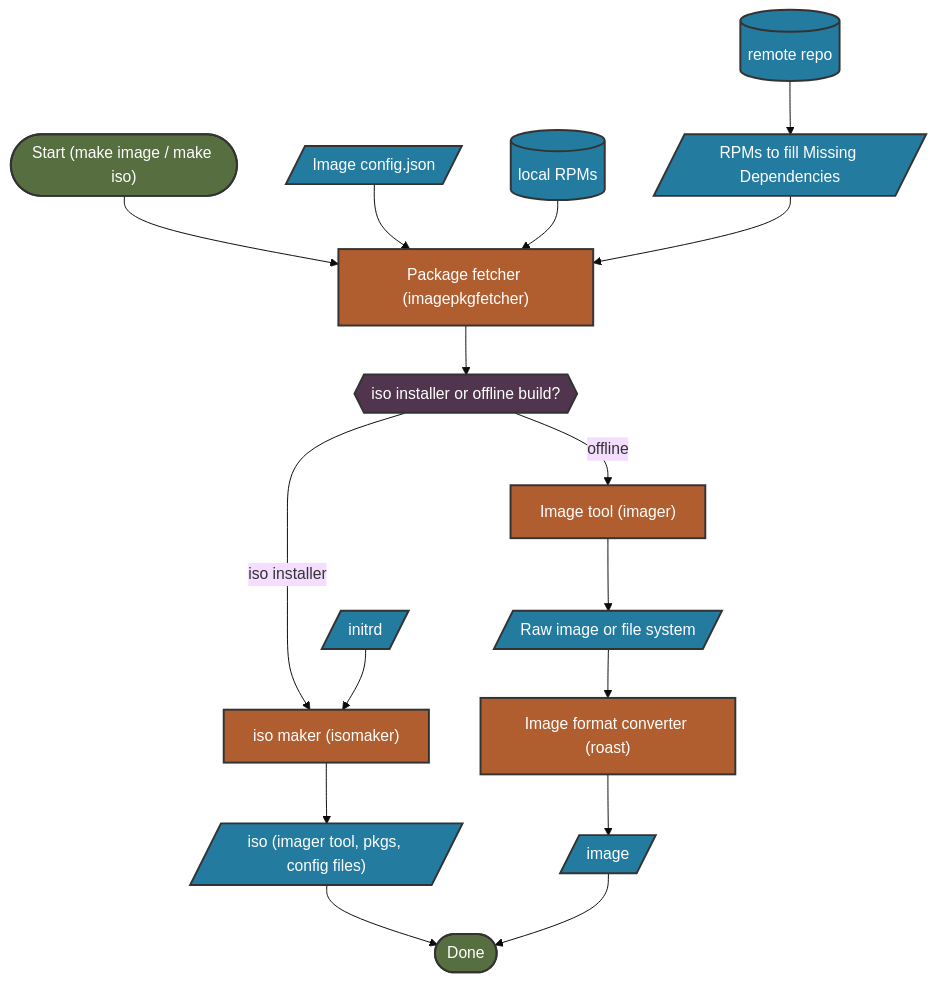
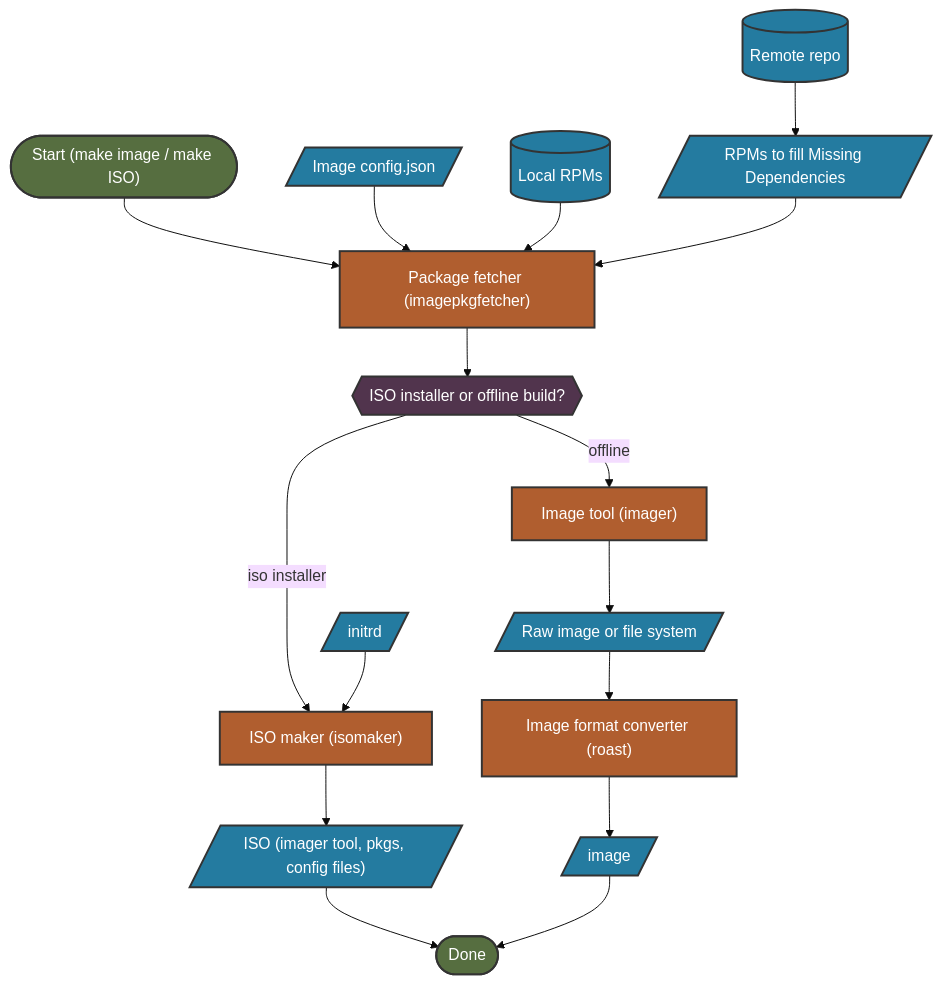
One commit to microsoft/azurelinux changed the sixth of 6 diagrams in toolkit/docs/how_it_works/0_intro.md. Above: the diagram before and after it, drawn with Mermaid (base theme). The commit also changed other lines of this file, not shown here.

Commit message:
Standardize graph link syntax and capitals

````diff
--- a/toolkit/docs/how_it_works/0_intro.md
+++ b/toolkit/docs/how_it_works/0_intro.md
@@ -259,47 +258,44 @@
 ```mermaid
 flowchart TD
     %% style definitions
     classDef io fill:#247BA0,stroke:#333,stroke-width:2px,color:#fff;
     classDef process fill:#B05E2F,stroke:#333,stroke-width:2px,color:#fff;
     classDef decision fill:#51344D,stroke:#333,stroke-width:2px,color:#fff;
     classDef goodState fill:#566E40,stroke:#333,stroke-width:2px,color:#fff;
     classDef badState fill:#BC4B51,stroke:#333,stroke-width:2px,color:#fff;
-
     %% state nodes
-    start(["Start (make image / make iso)"]):::goodState
+    start(["Start (make image / make ISO)"]):::goodState
     done([Done]):::goodState
     %% error[[Error]]:::badState
-
     %% Image nodes
     imageConfig[/Image config.json/]:::io
     raw[/Raw image or file system/]:::io
     roast["Image format converter (roast)"]:::process
     initrd[/initrd/]:::io
-    iso[/"iso (imager tool, pkgs, config files)"/]:::io
+    iso[/"ISO (imager tool, pkgs, config files)"/]:::io
     image[/image/]:::io
     pkgFetcher["Package fetcher (imagepkgfetcher)"]:::process
-    rpmCache[(local RPMs)]:::io
-    remoteRepo[(remote repo)]:::io
+    rpmCache[(Local RPMs)]:::io
+    remoteRepo[(Remote repo)]:::io
     missingDep[/RPMs to fill Missing Dependencies/]:::io
     imager["Image tool (imager)"]:::process
-    isoBuild{{iso installer or offline build?}}:::decision
-    isoBuilder["iso maker (isomaker)"]:::process
-
+    isoBuild{{ISO installer or offline build?}}:::decision
+    isoBuilder["ISO maker (isomaker)"]:::process
     %% Image flow
-    start-->pkgFetcher
-    imageConfig-->pkgFetcher
-    rpmCache-->pkgFetcher
-    remoteRepo-->missingDep
-    missingDep-->pkgFetcher
-    pkgFetcher-->isoBuild
-    isoBuild-->|iso installer|isoBuilder
-    initrd-->isoBuilder
-    isoBuilder-->iso
-    iso-->done
-    isoBuild-->|offline|imager
-    imager-->raw
-    raw-->roast
-    roast-->image
-    image-->done
+    start --> pkgFetcher
+    imageConfig -->pkgFetcher
+    rpmCache --> pkgFetcher
+    remoteRepo --> missingDep
+    missingDep --> pkgFetcher
+    pkgFetcher --> isoBuild
+    isoBuild -->|iso installer| isoBuilder
+    initrd --> isoBuilder
+    isoBuilder --> iso
+    iso --> done
+    isoBuild -->|offline| imager
+    imager --> raw
+    raw --> roast
+    roast --> image
+    image --> done
     
 ```
````
